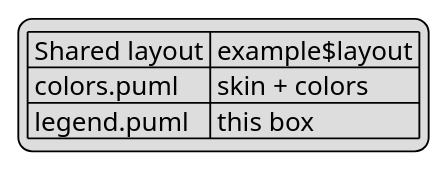
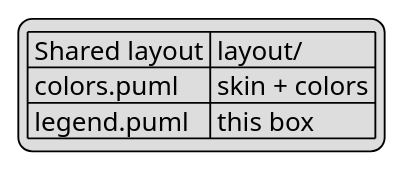
One commit to cachescrubber/antora-kroki-example changed the diagram in docs/modules/ROOT/examples/layout/legend.puml. Above: the diagram before and after it, drawn with PlantUML. The commit also changed 16 other files, not shown here.

```diff
--- a/docs/modules/ROOT/examples/layout/legend.puml
+++ b/docs/modules/ROOT/examples/layout/legend.puml
@@ -1,8 +1,8 @@
 @startuml
-' Shared legend, included via  !include example$layout/legend.puml
+' Shared legend, included via  !include layout/legend.puml
 legend right
-  | Shared layout | example$layout |
-  | colors.puml   | skin + colors  |
-  | legend.puml   | this box       |
+  | Shared layout | layout/       |
+  | colors.puml   | skin + colors |
+  | legend.puml   | this box      |
 endlegend
 @enduml
```
